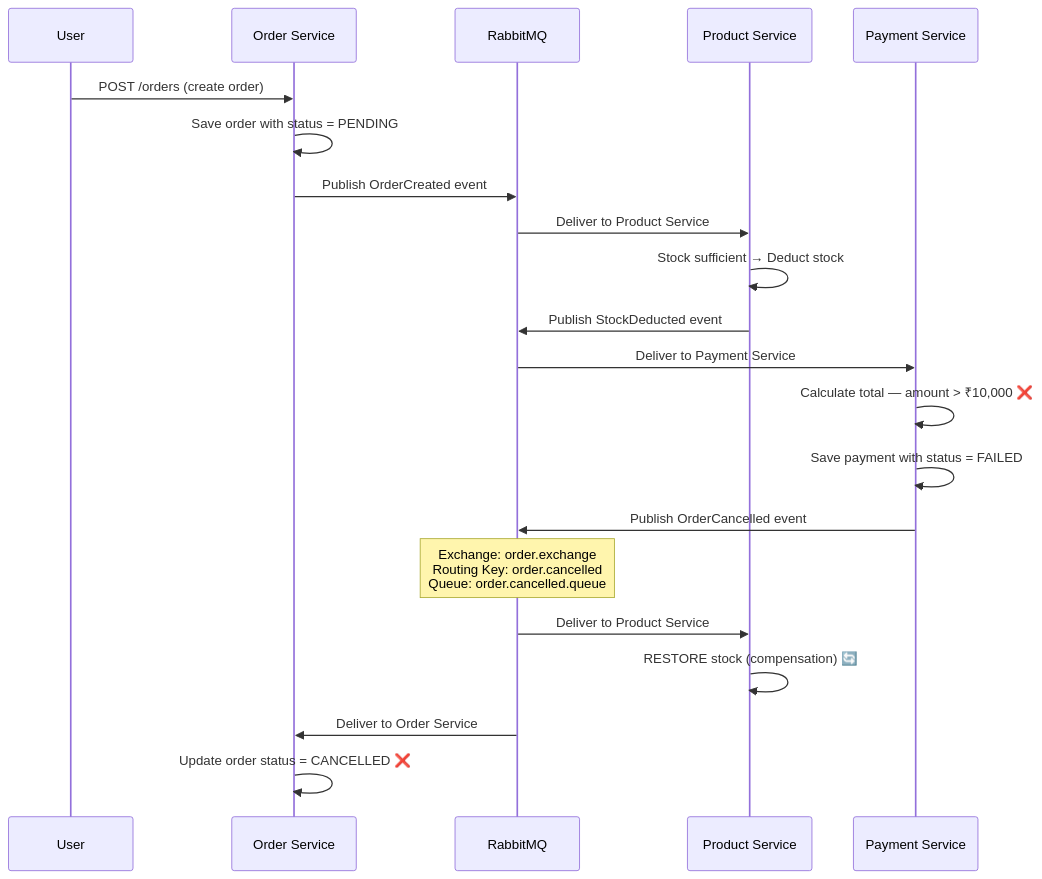
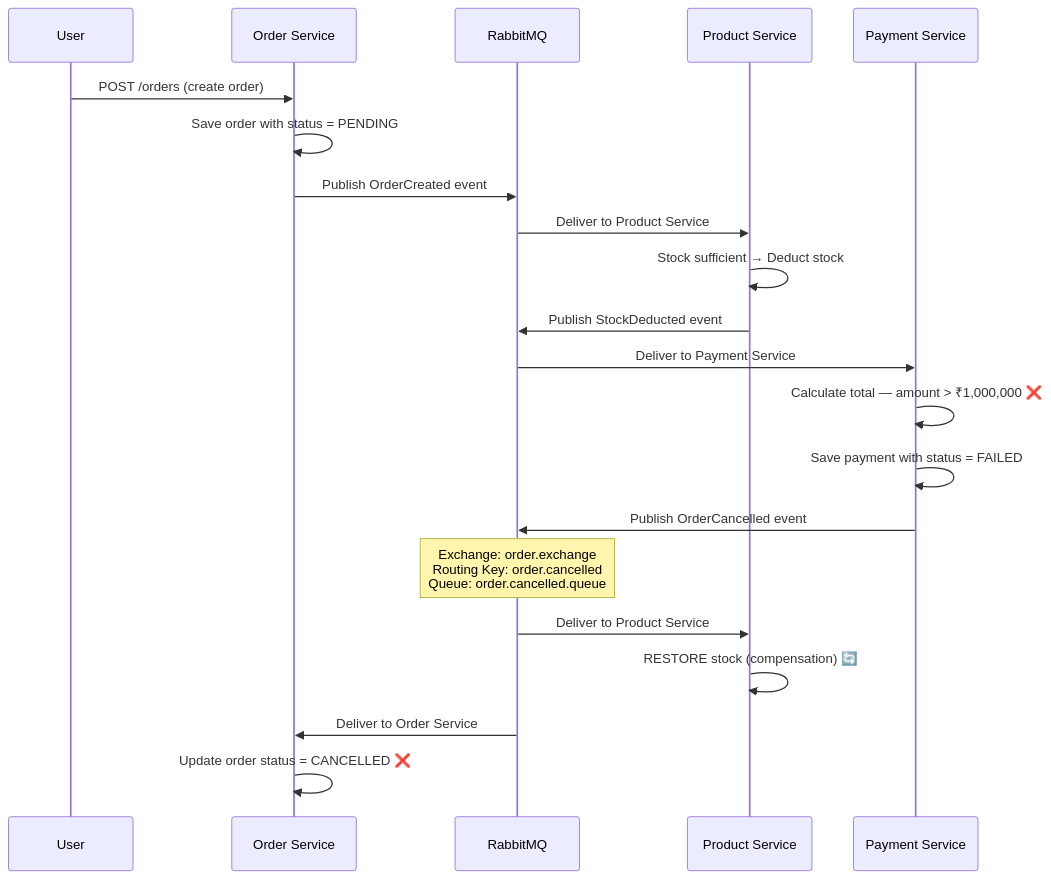
The third of 3 diagrams in README.md (rohithdeveloper/Saga-Choreography-pattern), drawn with Mermaid before and after one commit. The commit also changed other lines of this file and 13 other files, not shown here.

````diff
--- a/README.md
+++ b/README.md
@@ -90,28 +90,28 @@
 ```mermaid
 sequenceDiagram
     participant User
     participant OS as Order Service
     participant RMQ as RabbitMQ
     participant PS as Product Service
     participant PMS as Payment Service
 
     User->>OS: POST /orders (create order)
     OS->>OS: Save order with status = PENDING
     OS->>RMQ: Publish OrderCreated event
 
     RMQ->>PS: Deliver to Product Service
     PS->>PS: Stock sufficient → Deduct stock
     PS->>RMQ: Publish StockDeducted event
 
     RMQ->>PMS: Deliver to Payment Service
-    PMS->>PMS: Calculate total — amount > ₹10,000 ❌
+    PMS->>PMS: Calculate total — amount > ₹1,000,000 ❌
     PMS->>PMS: Save payment with status = FAILED
     PMS->>RMQ: Publish OrderCancelled event
     Note over RMQ: Exchange: order.exchange<br/>Routing Key: order.cancelled<br/>Queue: order.cancelled.queue
 
     RMQ->>PS: Deliver to Product Service
     PS->>PS: RESTORE stock (compensation) 🔄
 
     RMQ->>OS: Deliver to Order Service
     OS->>OS: Update order status = CANCELLED ❌
 ```
````
